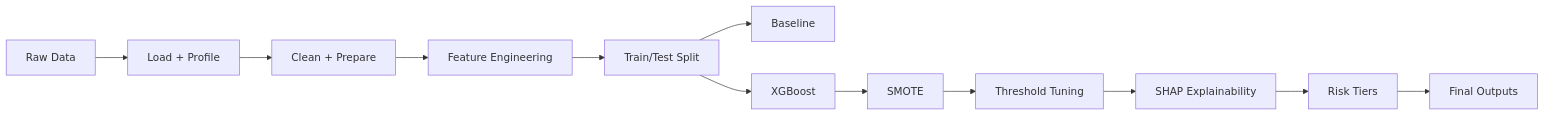
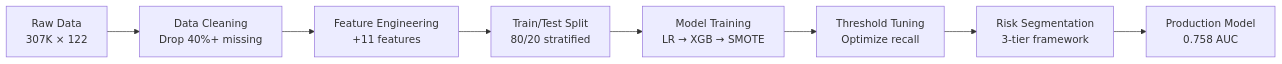
One commit to dvinix/credit_risk_project changed the diagram in README.md. Above: the diagram before and after it, drawn with Mermaid. The commit also changed other lines of this file, not shown here.

````diff
--- a/README.md
+++ b/README.md
@@ -58,14 +112,10 @@
 ```mermaid
-flowchart LR
-	A[Raw Data] --> B[Load + Profile]
-	B --> C[Clean + Prepare]
-	C --> D[Feature Engineering]
-	D --> E[Train/Test Split]
-	E --> F[Baseline]
-	E --> G[XGBoost]
-	G --> H[SMOTE]
-	H --> I[Threshold Tuning]
-	I --> J[SHAP Explainability]
-	J --> K[Risk Tiers]
-	K --> L[Final Outputs]
+graph LR
+    A[Raw Data<br/>307K × 122] --> B[Data Cleaning<br/>Drop 40%+ missing]
+    B --> C[Feature Engineering<br/>+11 features]
+    C --> D[Train/Test Split<br/>80/20 stratified]
+    D --> E[Model Training<br/>LR → XGB → SMOTE]
+    E --> F[Threshold Tuning<br/>Optimize recall]
+    F --> G[Risk Segmentation<br/>3-tier framework]
+    G --> H[Production Model<br/>0.758 AUC]
 ```
````
